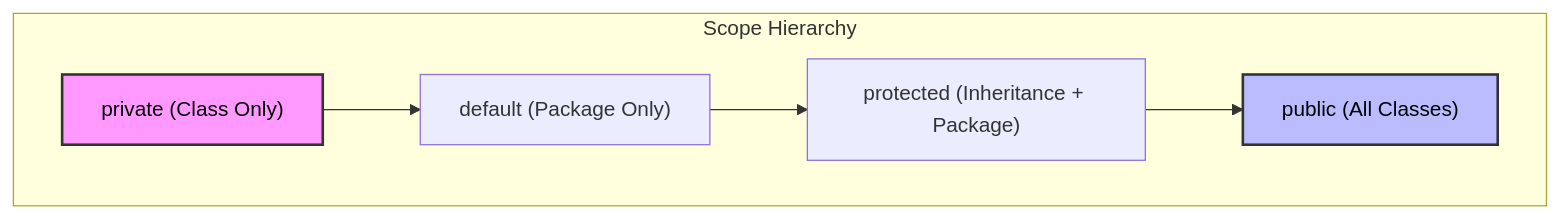
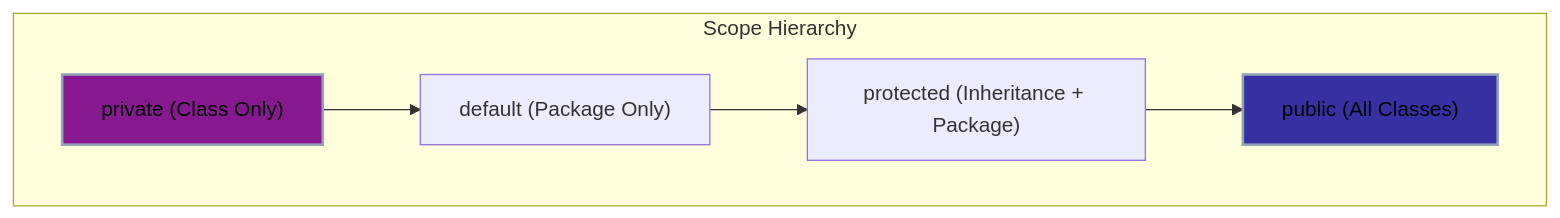
One commit to Kang-Hyesung/kang-hyesung.github.io changed the diagram in _posts/java/04-oop-class/2025-12-27-java-접근-제어와-캡슐화.md. Above: the diagram before and after it, drawn with Mermaid. The commit also changed 74 other files, not shown here.

Commit message:
docs: update post visibility and mermaid colors

````diff
--- a/_posts/java/04-oop-class/2025-12-27-java-접근-제어와-캡슐화.md
+++ b/_posts/java/04-oop-class/2025-12-27-java-접근-제어와-캡슐화.md
@@ -28,16 +28,16 @@
 ```mermaid
 graph TD
     subgraph "Scope Hierarchy"
         A["public (All Classes)"]
         B["protected (Inheritance + Package)"]
         C["default (Package Only)"]
         D["private (Class Only)"]
         
         D --> C
         C --> B
         B --> A
     end
-    style D fill:#f9f,stroke:#333,stroke-width:2px,color:black
-    style A fill:#bbf,stroke:#333,stroke-width:2px,color:black
+    style D fill:#86198f,stroke:#94a3b8,stroke-width:2px,color:black
+    style A fill:#3730a3,stroke:#94a3b8,stroke-width:2px,color:black
 
 ```
````
